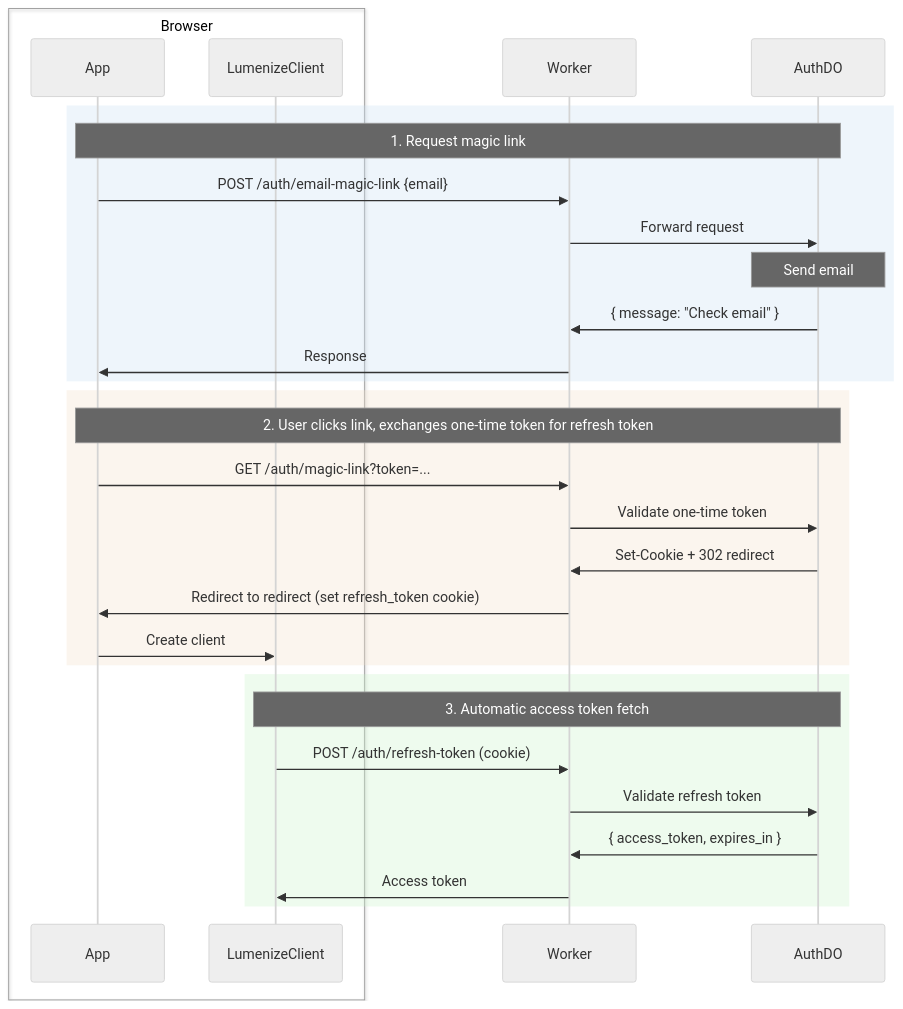
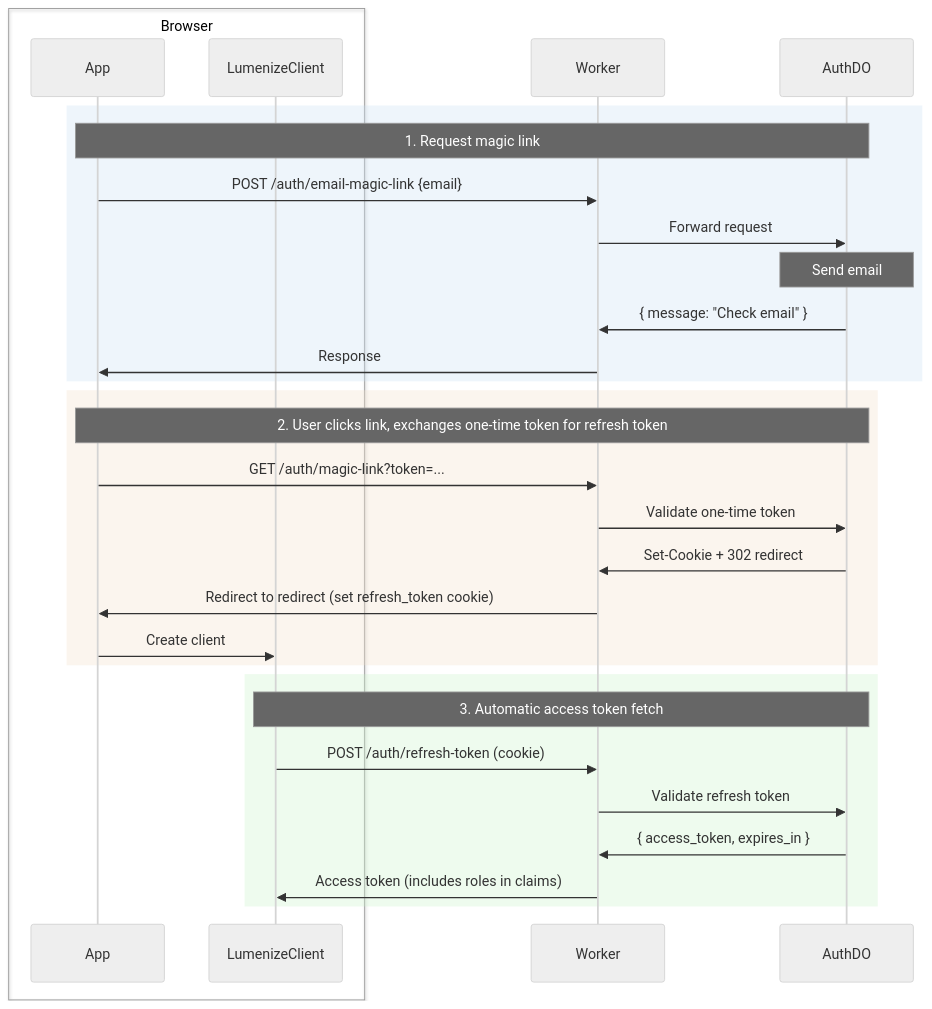
Before and after one commit to lumenize/lumenize: the diagram in website/docs/auth/index.mdx, drawn with Mermaid (neutral theme). The commit also changed other lines of this file and 18 other files, not shown here.

````diff
--- a/website/docs/auth/index.mdx
+++ b/website/docs/auth/index.mdx
@@ -31,35 +49,35 @@
 ```mermaid
 sequenceDiagram
     box Browser
         participant App
         participant Client as LumenizeClient
     end
     participant Worker
     participant AuthDO
 
     rect rgba(200, 220, 240, 0.3)
         Note over App,AuthDO: 1. Request magic link
         App->>Worker: POST /auth/email-magic-link {email}
         Worker->>AuthDO: Forward request
         Note over AuthDO: Send email
         AuthDO->>Worker: { message: "Check email" }
         Worker->>App: Response
     end
 
     rect rgba(240, 220, 200, 0.3)
         Note over App,AuthDO: 2. User clicks link, exchanges one-time token for refresh token
         App->>Worker: GET /auth/magic-link?token=...
         Worker->>AuthDO: Validate one-time token
         AuthDO->>Worker: Set-Cookie + 302 redirect
         Worker->>App: Redirect to redirect (set refresh_token cookie)
         App->>Client: Create client
     end
 
     rect rgba(200, 240, 200, 0.3)
         Note over Client,AuthDO: 3. Automatic access token fetch
         Client->>Worker: POST /auth/refresh-token (cookie)
         Worker->>AuthDO: Validate refresh token
         AuthDO->>Worker: { access_token, expires_in }
-        Worker->>Client: Access token
+        Worker->>Client: Access token (includes roles in claims)
     end
 ```
````
